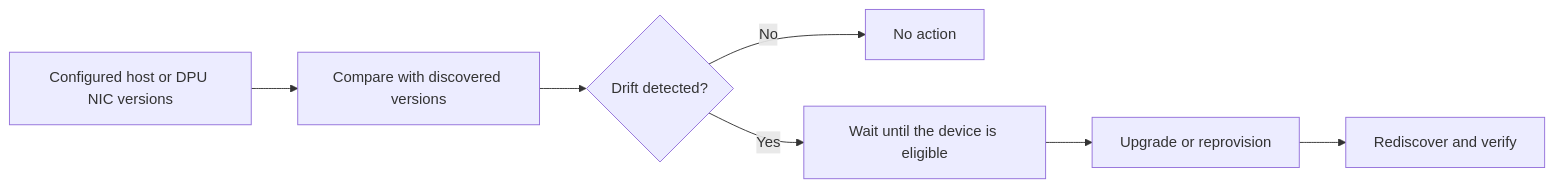
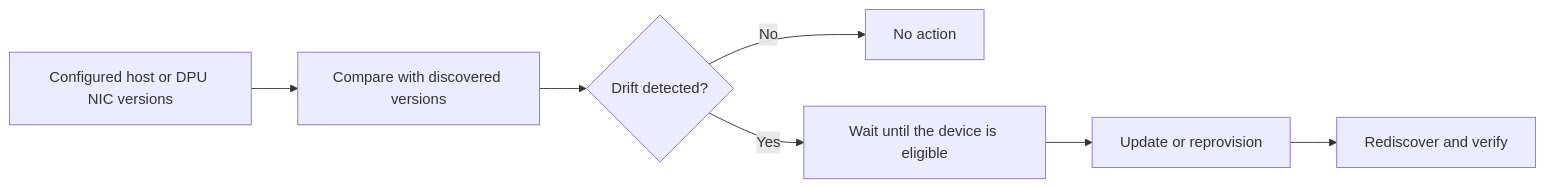
Before and after one commit to NVIDIA/bare-metal-manager-core: the first of 2 diagrams in docs/operations/firmware-updates.md, drawn with Mermaid. The commit also changed other lines of this file and 5 other files, not shown here.

````diff
--- a/docs/operations/firmware-updates.md
+++ b/docs/operations/firmware-updates.md
@@ -19,9 +19,9 @@
 ```mermaid
 flowchart LR
     A["Configured host or DPU NIC versions"] --> B["Compare with discovered versions"]
     B --> C{"Drift detected?"}
     C -- No --> D["No action"]
     C -- Yes --> E["Wait until the device is eligible"]
-    E --> F["Upgrade or reprovision"]
+    E --> F["Update or reprovision"]
     F --> G["Rediscover and verify"]
 ```
````
